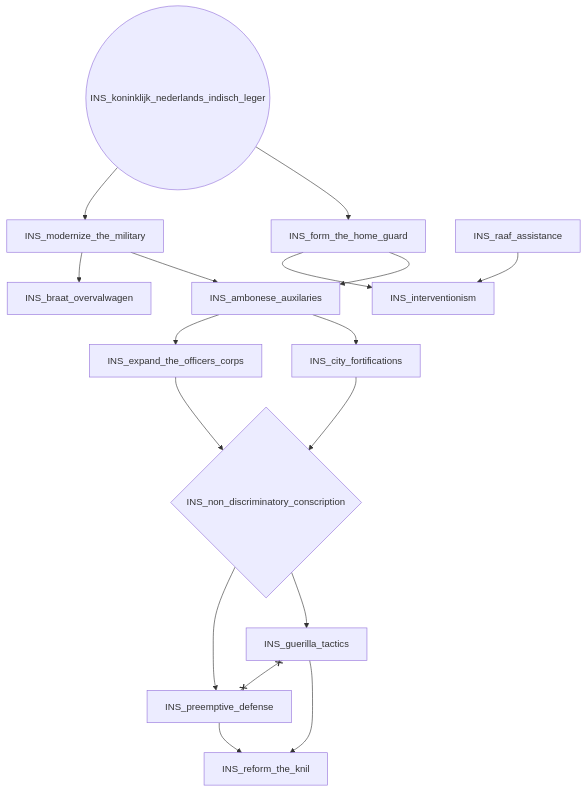
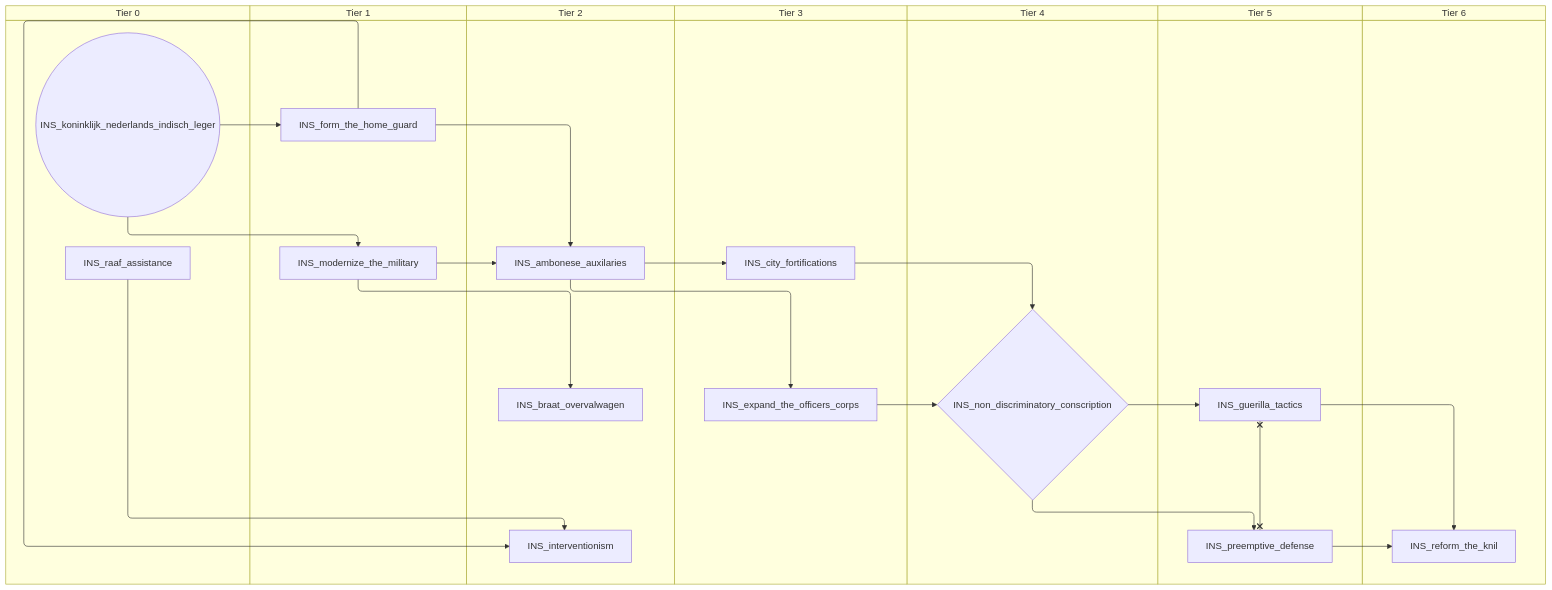
Before and after one commit to evgeny-sobol/hoi4-sandbox-mode-r56: the third of 6 diagrams in docs/gdd/National Focuses/r56/r56_indonesia.md, drawn with Mermaid. The commit also changed other lines of this file and 423 other files, not shown here.

First line of the commit message:
Re-export Rt56 focus trees as swimlane diagrams

````diff
--- a/docs/gdd/National Focuses/r56/r56_indonesia.md
+++ b/docs/gdd/National Focuses/r56/r56_indonesia.md
@@ -159,32 +189,46 @@
 ```mermaid
-flowchart TD
-    n61["INS_ambonese_auxilaries"]
-    n62["INS_braat_overvalwagen"]
-    n63["INS_city_fortifications"]
-    n64["INS_expand_the_officers_corps"]
-    n65["INS_form_the_home_guard"]
-    n66["INS_guerilla_tactics"]
-    n67["INS_interventionism"]
-    n68(("INS_koninklijk_nederlands_indisch_leger"))
-    n69["INS_modernize_the_military"]
-    n70{"INS_non_discriminatory_conscription"}
-    n71["INS_preemptive_defense"]
-    n72["INS_raaf_assistance"]
-    n73["INS_reform_the_knil"]
-    n69 --> n61
-    n65 --> n61
-    n69 --> n62
+swimlane-beta TD
+    subgraph tier_0["Tier 0"]
+        n61(("INS_koninklijk_nederlands_indisch_leger"))
+        n62["INS_raaf_assistance"]
+    end
+    subgraph tier_1["Tier 1"]
+        n63["INS_form_the_home_guard"]
+        n64["INS_modernize_the_military"]
+    end
+    subgraph tier_2["Tier 2"]
+        n65["INS_ambonese_auxilaries"]
+        n66["INS_braat_overvalwagen"]
+        n67["INS_interventionism"]
+    end
+    subgraph tier_3["Tier 3"]
+        n68["INS_city_fortifications"]
+        n69["INS_expand_the_officers_corps"]
+    end
+    subgraph tier_4["Tier 4"]
+        n70{"INS_non_discriminatory_conscription"}
+    end
+    subgraph tier_5["Tier 5"]
+        n71["INS_guerilla_tactics"]
+        n72["INS_preemptive_defense"]
+    end
+    subgraph tier_6["Tier 6"]
+        n73["INS_reform_the_knil"]
+    end
+    n64 --> n65
+    n63 --> n65
+    n64 --> n66
+    n65 --> n68
+    n65 --> n69
     n61 --> n63
+    n70 --> n71
+    n63 --> n67
+    n62 --> n67
     n61 --> n64
-    n68 --> n65
-    n70 --> n66
-    n65 --> n67
-    n72 --> n67
-    n68 --> n69
-    n63 --> n70
-    n64 --> n70
-    n70 --> n71
-    n66 --> n73
+    n68 --> n70
+    n69 --> n70
+    n70 --> n72
     n71 --> n73
-    n66 x--x n71
+    n72 --> n73
+    n71 x--x n72
 ```
````
